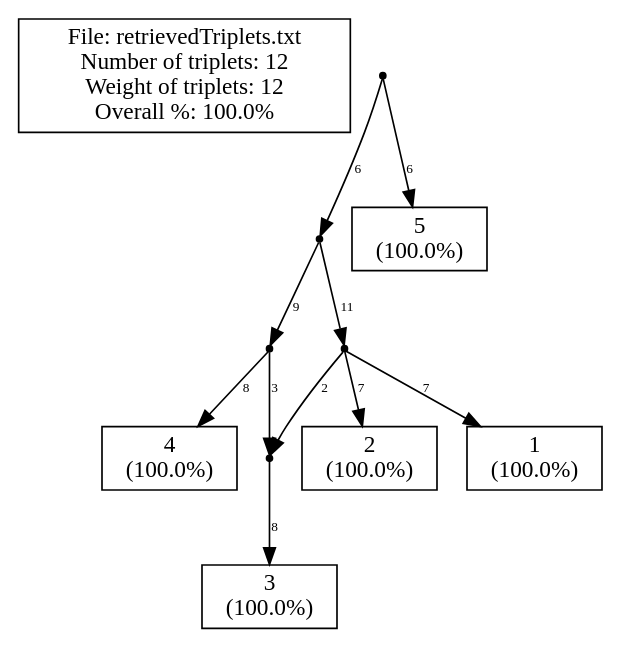
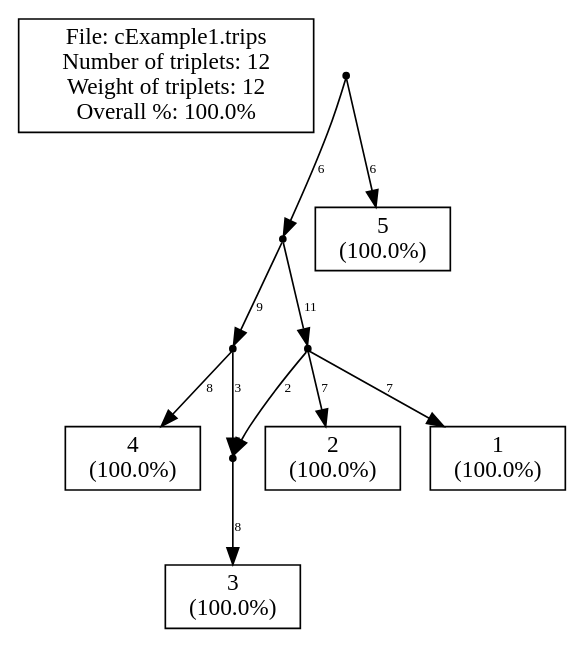
Before and after one commit to iharnoor/PhylogeneticsWebsite: the diagram in ParsingTxt/cExample1.dot, drawn with Graphviz. The commit also changed 18 other files, not shown here.

```diff
--- a/ParsingTxt/cExample1.dot
+++ b/ParsingTxt/cExample1.dot
@@ -1,48 +1,48 @@
 // LEV1ATHAN Version 1.0, 21 september 2009
 // COMMENT: Pre-processing the input file to count the leaves
 // COMMENT: Pre-processing showed that there are 5 leaves in the input.
 // SUMMARY: Input had 5 leaves.
 // COMMENT: Triplet set is already dense.
 // SUMMARY: There are 12 triplets in the input.
 // SUMMARY: Total weight of input triplets is 12.
 // COMMENT: We achieved non-trivial local perfection.
 // SUMMARY: (Before post-processing)
 // SUMMARY: We got 12 units of triplet weight, that's 100.0% of total weight.
 // SUMMARY: In total 0 units of triplet weight were -not- consistent with the ouput network.
 // SUMMARY: Output network contained 0 triplets -not- in the original input.
 // SUMMARY: The symmetric difference is thus 0 + (1 * 0) = 0
 // SUMMARY: (After post-processing)
 strict digraph G1 {
 edge [fontsize=8]
-labelbox [shape=box, width=0.4, label="File: retrievedTriplets.txt\nNumber of triplets: 12\nWeight of triplets: 12\nOverall %: 100.0%"];
+labelbox [shape=box, width=0.4, label="File: cExample1.trips\nNumber of triplets: 12\nWeight of triplets: 12\nOverall %: 100.0%"];
 1000 [shape=point];
 1001 [shape=point];
 1002 [shape=point];
 1003 [shape=point];
 3 [shape=box, width=0.3, label="3\n(100.0%)"];
 4 [shape=box, width=0.3, label="4\n(100.0%)"];
 1006 [shape=point];
 1 [shape=box, width=0.3, label="1\n(100.0%)"];
 2 [shape=box, width=0.3, label="2\n(100.0%)"];
 5 [shape=box, width=0.3, label="5\n(100.0%)"];
 1000 -> 1001 [label="6"]
 1000 -> 5 [label="6"]
 1001 -> 1002 [label="9"]
 1001 -> 1006 [label="11"]
 1002 -> 1003 [label="3"]
 1002 -> 4 [label="8"]
 1003 -> 3 [label="8"]
 1006 -> 1003 [label="2"]
 1006 -> 1 [label="7"]
 1006 -> 2 [label="7"]
 1003 -> 3 [label="8"]
 }
 // SUMMARY: eNewick output: ((((3)#H1,4),(#H1,1,2)),5);
 // SUMMARY: In total 0 units of triplet weight were -not- consistent with the ouput network.
 // SUMMARY: Output network contained 0 triplets -not- in the original input.
 // SUMMARY: Weight of missing triplets before contraction minus weight of missing triplets afterwards: 0
 // SUMMARY: Number of surplus triplets before contraction minus number of surplus triplets afterwards: 0
 // CONCLUSION: After post-processing we got 12 units of triplet weight, that's 100.0% of total weight (before post-processing this was 100.0%).
 // CONCLUSION: After post-processing the symmetric difference is thus 0 + (1 * 0) = 0 (before post-processing this was 0)
 // STAT: PERCENTAGE = 100.0
 // STAT: NETWORK-TRIPLET SD = 0
```
